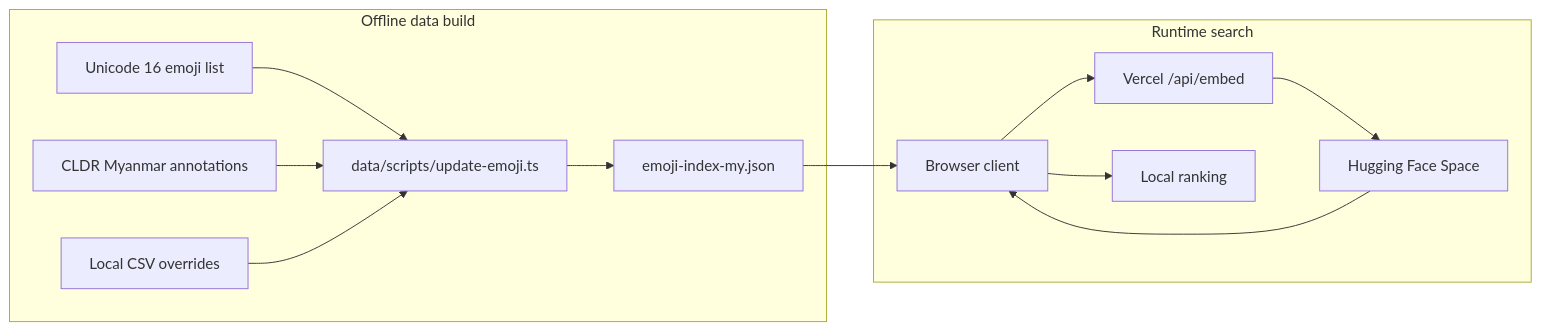
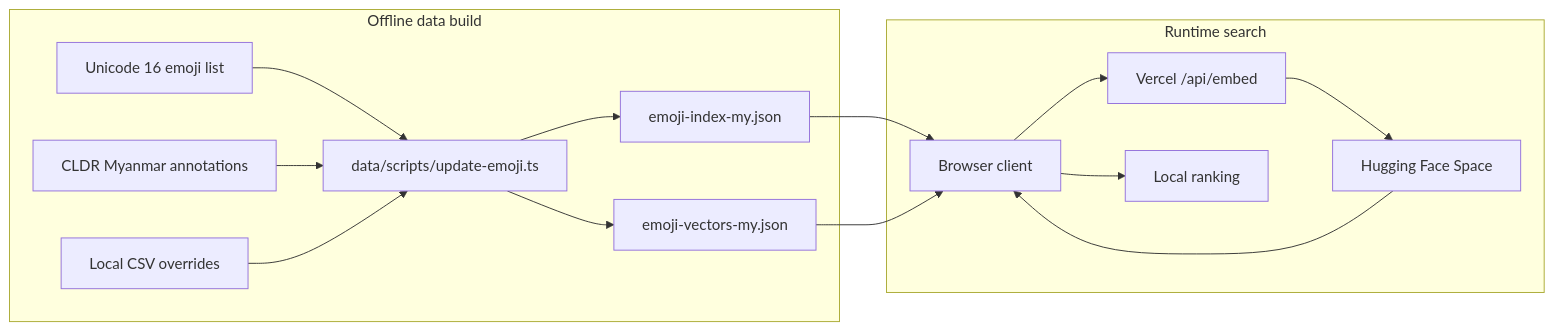
One commit to heinko/my-emoji-search changed the first of 2 diagrams in search_architecture.md. Above: the diagram before and after it, drawn with Mermaid. The commit also changed other lines of this file and 17 other files, not shown here.

Commit message:
Split the emoji data into Indexes and vectors

````diff
--- a/search_architecture.md
+++ b/search_architecture.md
@@ -12,27 +12,30 @@
 ```mermaid
 flowchart LR
     subgraph Offline["Offline data build"]
         U["Unicode 16 emoji list"]
         C["CLDR Myanmar annotations"]
         O["Local CSV overrides"]
         P["data/scripts/update-emoji.ts"]
         I["emoji-index-my.json"]
+        V["emoji-vectors-my.json"]
         U --> P
         C --> P
         O --> P
         P --> I
+        P --> V
     end
 
     subgraph Runtime["Runtime search"]
         B["Browser client"]
-        V["Vercel /api/embed"]
+        A["Vercel /api/embed"]
         H["Hugging Face Space"]
         R["Local ranking"]
-        B --> V
-        V --> H
+        B --> A
+        A --> H
         H --> B
         B --> R
     end
 
     I --> B
+    V --> B
 ```
````
